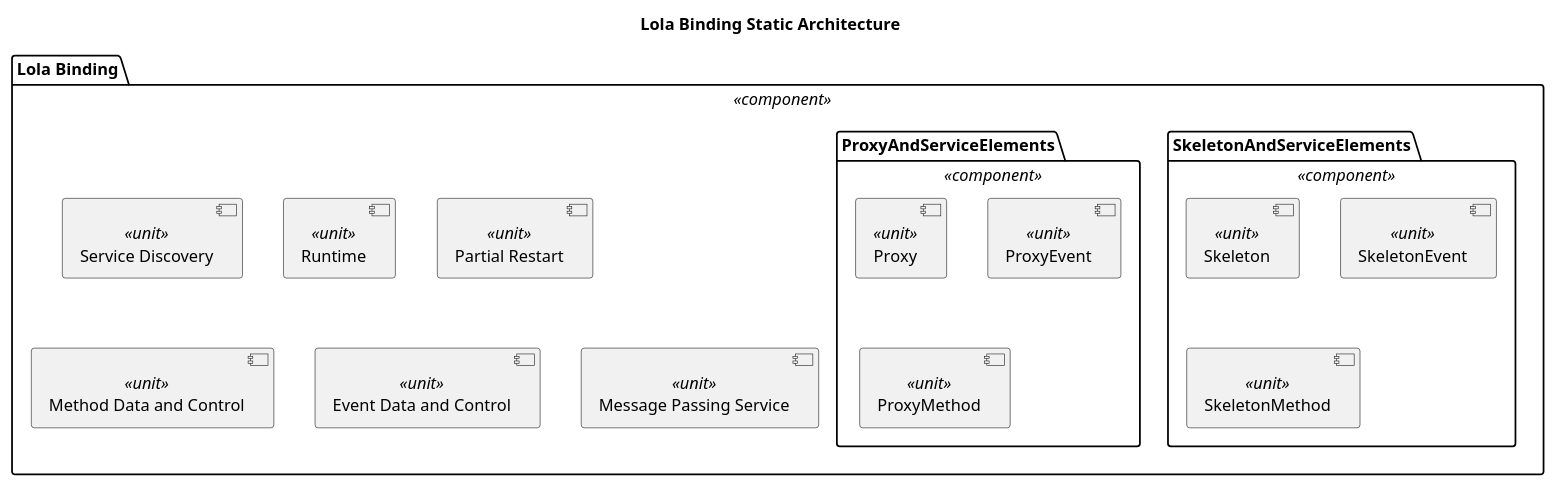
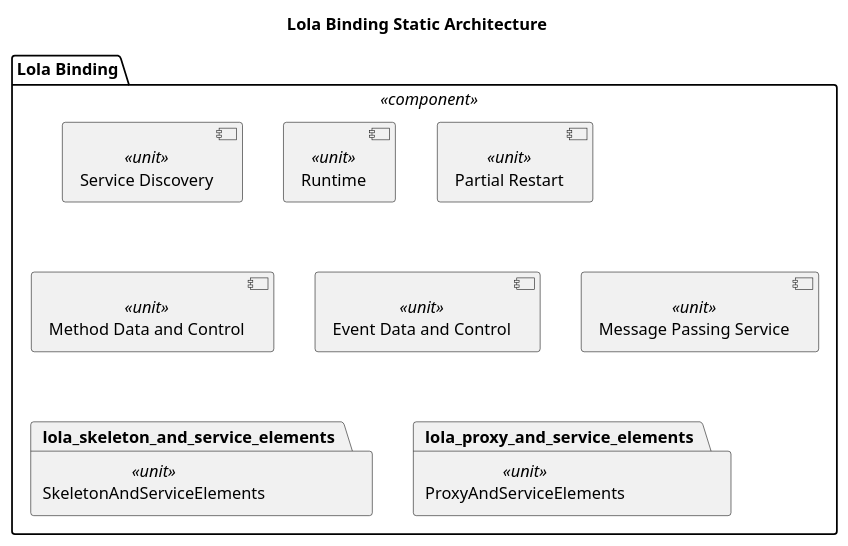
One commit to eclipse-score/communication changed the diagram in score/mw/com/dependability/software_architectural_design/static_design/lola_binding.puml. Above: the diagram before and after it, drawn with PlantUML. The commit also changed 1 other file, not shown here.

Commit message:
mw/com: Use coarser component architecture in static design

```diff
--- a/score/mw/com/dependability/software_architectural_design/static_design/lola_binding.puml
+++ b/score/mw/com/dependability/software_architectural_design/static_design/lola_binding.puml
@@ -13,25 +13,17 @@
 @startuml safety_sentinel_lola_binding_design
 title "Lola Binding Static Architecture"
 
 package "Lola Binding" as lola_binding <<component>> {
   component "Service Discovery" as lola_service_discovery <<unit>> 
   component "Runtime" as lola_runtime <<unit>> 
   component "Partial Restart" as lola_partial_restart <<unit>>
   component "Method Data and Control" as lola_method_data_control <<unit>> 
   component "Event Data and Control" as lola_event_data_control <<unit>> 
   component "Message Passing Service" as lola_message_passing_service <<unit>> 
 
-  package "SkeletonAndServiceElements" as lola_skeleton_and_service_elements <<component>> {
-    component "Skeleton" as lola_skeleton <<unit>> 
-    component "SkeletonEvent" as lola_skeleton_event <<unit>> 
-    component "SkeletonMethod" as lola_skeleton_method <<unit>> 
-  }
+  package "SkeletonAndServiceElements" as lola_skeleton_and_service_elements <<unit>> 
   
-  package "ProxyAndServiceElements" as lola_proxy_and_service_elements <<component>> {
-    component "Proxy" as lola_proxy <<unit>> 
-    component "ProxyEvent" as lola_proxy_event <<unit>> 
-    component "ProxyMethod" as lola_proxy_method <<unit>> 
-  }
+  package "ProxyAndServiceElements" as lola_proxy_and_service_elements <<unit>> 
 }
 
 @enduml
```
